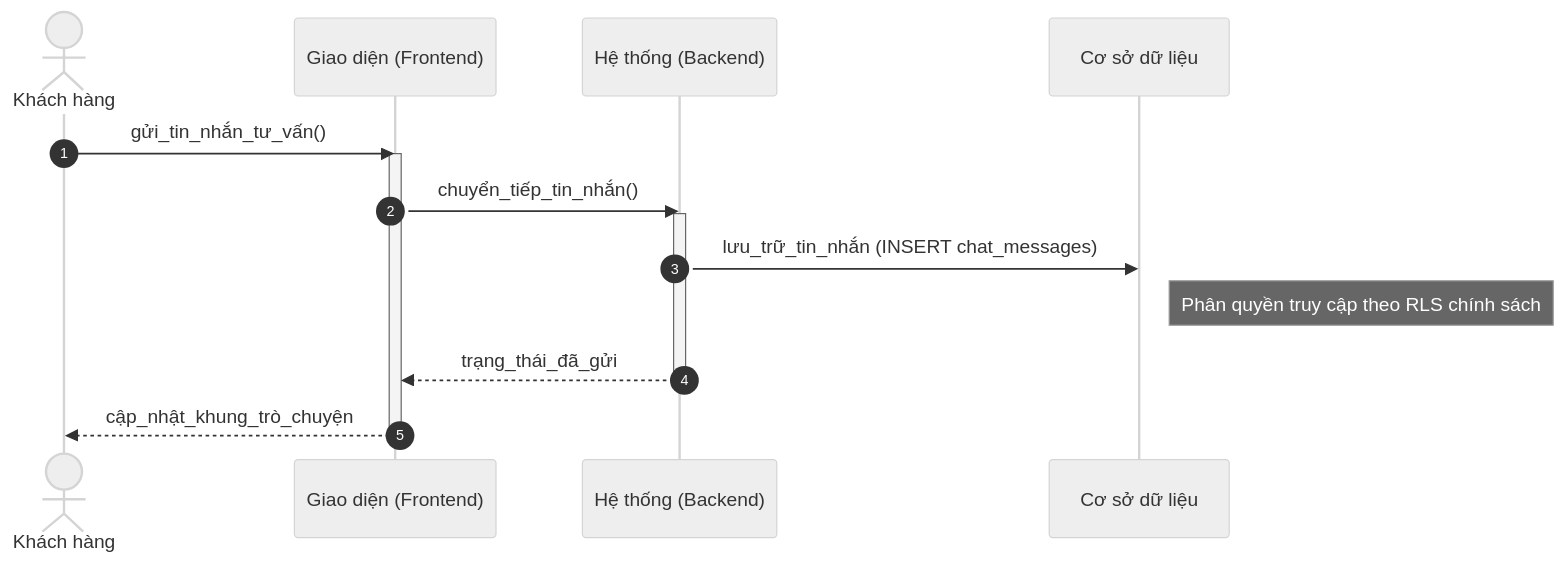
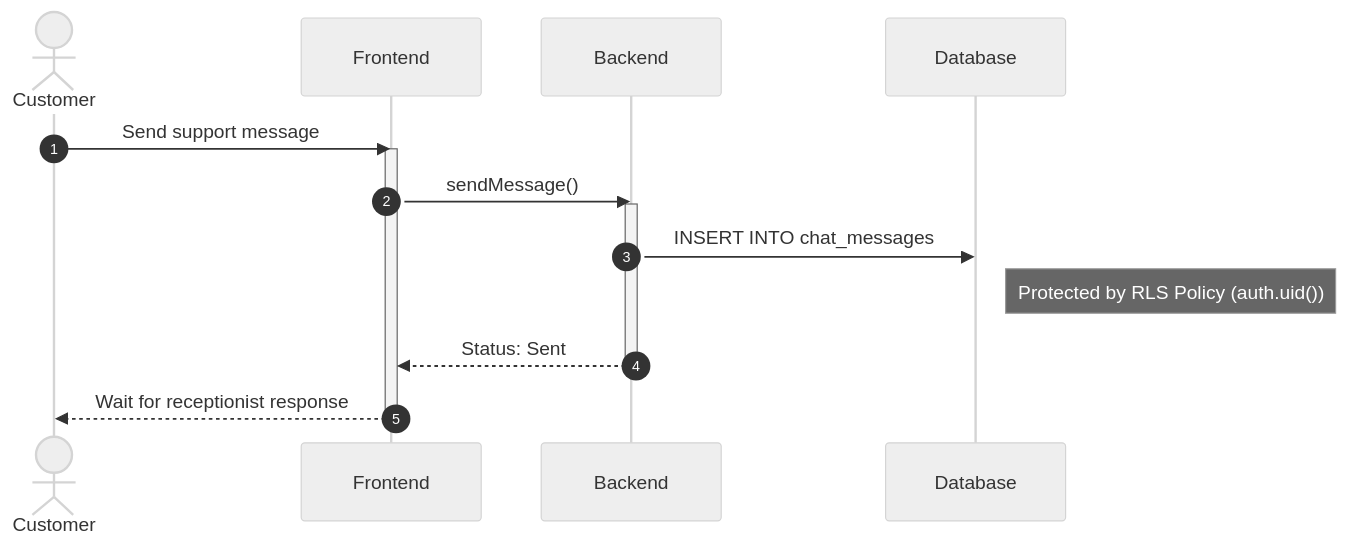
One commit to ngoctinn/Synapse changed the fifth of 8 diagrams in docs/design/sequences_simplified/customer_flows.md. Above: the diagram before and after it, drawn with Mermaid (neutral theme). The commit also changed other lines of this file and 4 other files, not shown here.

Commit message:
feat: add simplified sequence diagrams for authentication and core user flows.

````diff
--- a/docs/design/sequences_simplified/customer_flows.md
+++ b/docs/design/sequences_simplified/customer_flows.md
@@ -72,21 +122,21 @@
 ```mermaid
 sequenceDiagram
     autonumber
-    actor KH as Khách hàng
-    participant FE as Giao diện (Frontend)
-    participant BE as Hệ thống (Backend)
-    participant DB as Cơ sở dữ liệu
+    actor KH as Customer
+    participant FE as Frontend
+    participant BE as Backend
+    participant DB as Database
 
-    KH->>FE: gửi_tin_nhắn_tư_vấn()
+    KH->>FE: Send support message
     activate FE
-    FE->>BE: chuyển_tiếp_tin_nhắn()
+    FE->>BE: sendMessage()
     activate BE
 
-    BE->>DB: lưu_trữ_tin_nhắn (INSERT chat_messages)
-    Note right of DB: Phân quyền truy cập theo RLS chính sách
+    BE->>DB: INSERT INTO chat_messages
+    Note right of DB: Protected by RLS Policy (auth.uid())
 
-    BE-->>FE: trạng_thái_đã_gửi
+    BE-->>FE: Status: Sent
     deactivate BE
-    FE-->>KH: cập_nhật_khung_trò_chuyện
+    FE-->>KH: Wait for receptionist response
     deactivate FE
 ```
````
